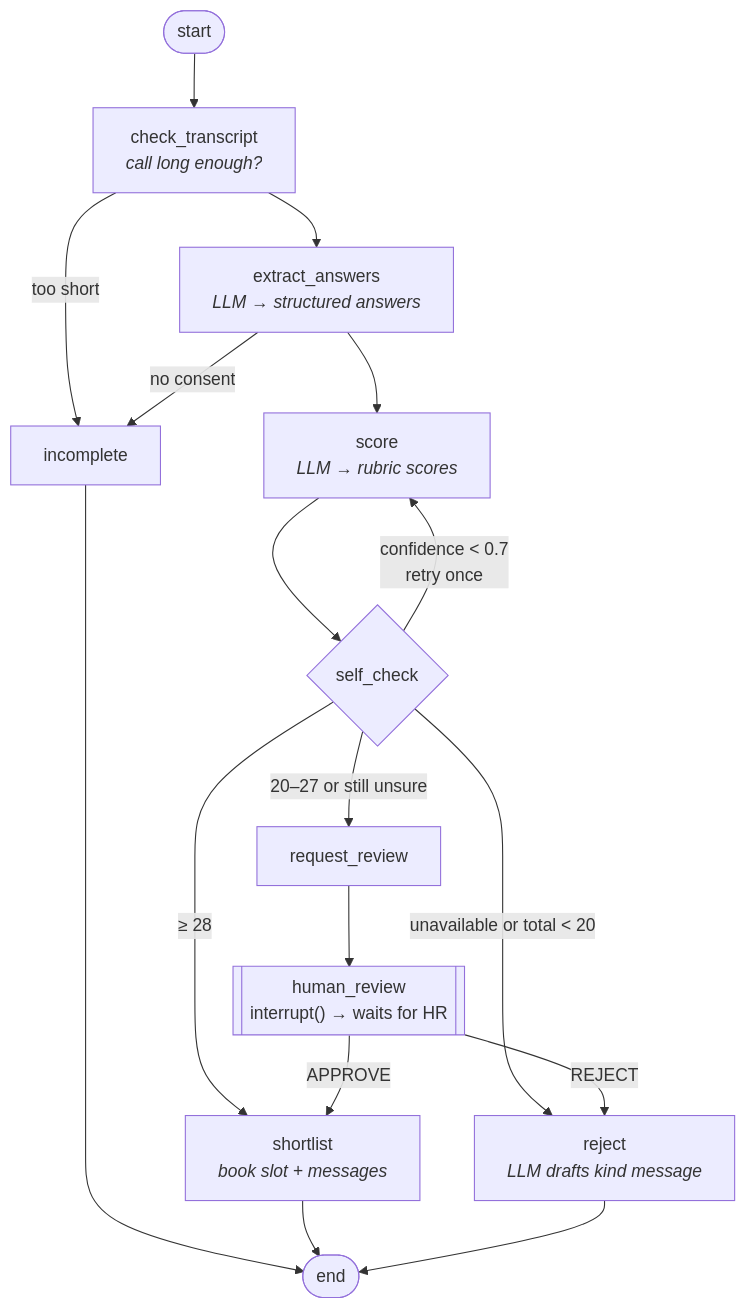
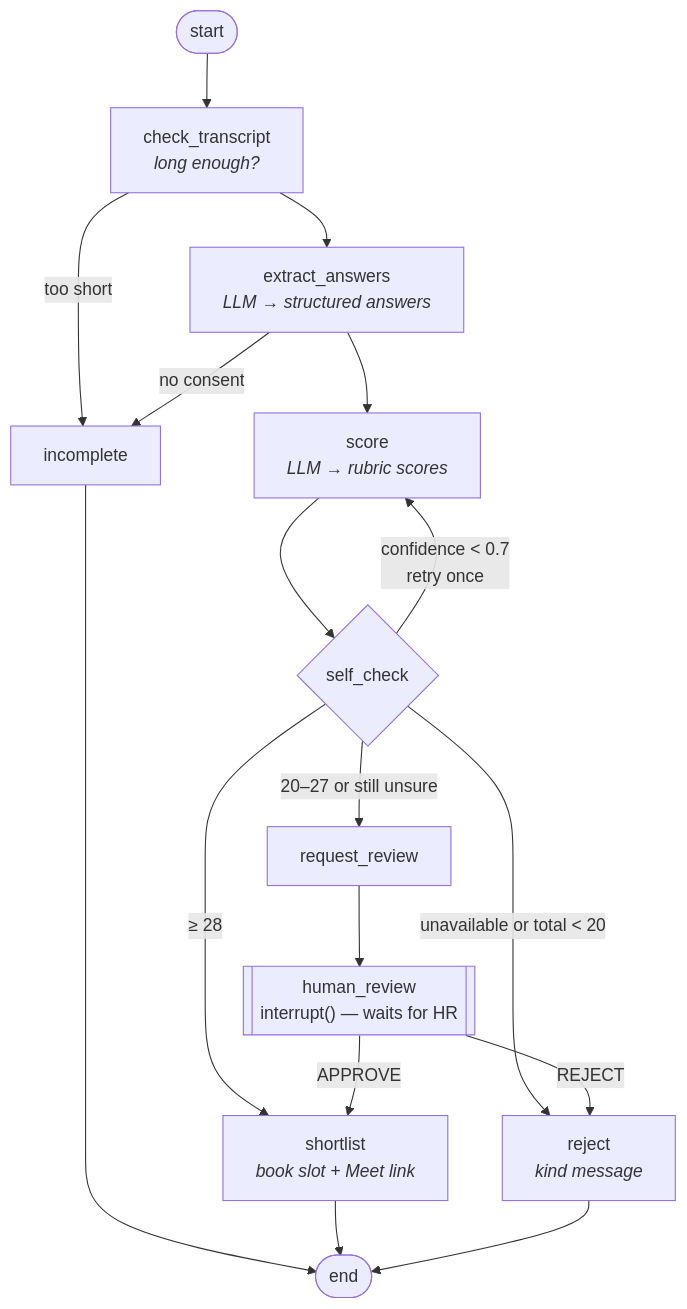
Before and after one commit to Muneeb-akhtar/ai-internship-screener: the second of 2 diagrams in README.md, drawn with Mermaid. The commit also changed other lines of this file and 13 other files, not shown here.

````diff
--- a/README.md
+++ b/README.md
@@ -29,19 +65,19 @@
 ```mermaid
 flowchart TD
-    START([start]) --> check[check_transcript<br/><i>call long enough?</i>]
+    START([start]) --> check[check_transcript<br/><i>long enough?</i>]
     check -->|too short| incomplete[incomplete]
     check --> extract[extract_answers<br/><i>LLM → structured answers</i>]
     extract -->|no consent| incomplete
     extract --> score[score<br/><i>LLM → rubric scores</i>]
     score --> self_check{self_check}
     self_check -->|confidence < 0.7<br/>retry once| score
-    self_check -->|unavailable or total < 20| reject[reject<br/><i>LLM drafts kind message</i>]
+    self_check -->|unavailable or total < 20| reject[reject<br/><i>kind message</i>]
     self_check -->|20–27 or still unsure| request_review[request_review]
-    self_check -->|≥ 28| shortlist[shortlist<br/><i>book slot + messages</i>]
-    request_review --> human_review[["human_review<br/>interrupt() → waits for HR"]]
+    self_check -->|≥ 28| shortlist[shortlist<br/><i>book slot + Meet link</i>]
+    request_review --> human_review[["human_review<br/>interrupt() — waits for HR"]]
     human_review -->|APPROVE| shortlist
     human_review -->|REJECT| reject
     incomplete --> END([end])
     shortlist --> END
     reject --> END
 ```
````
